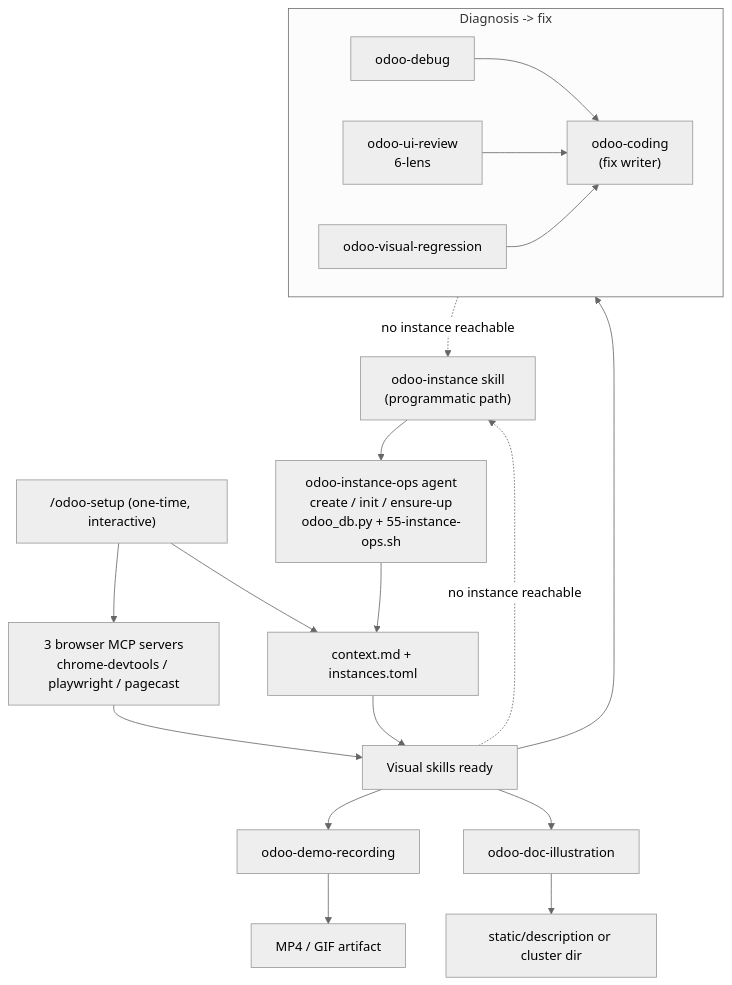
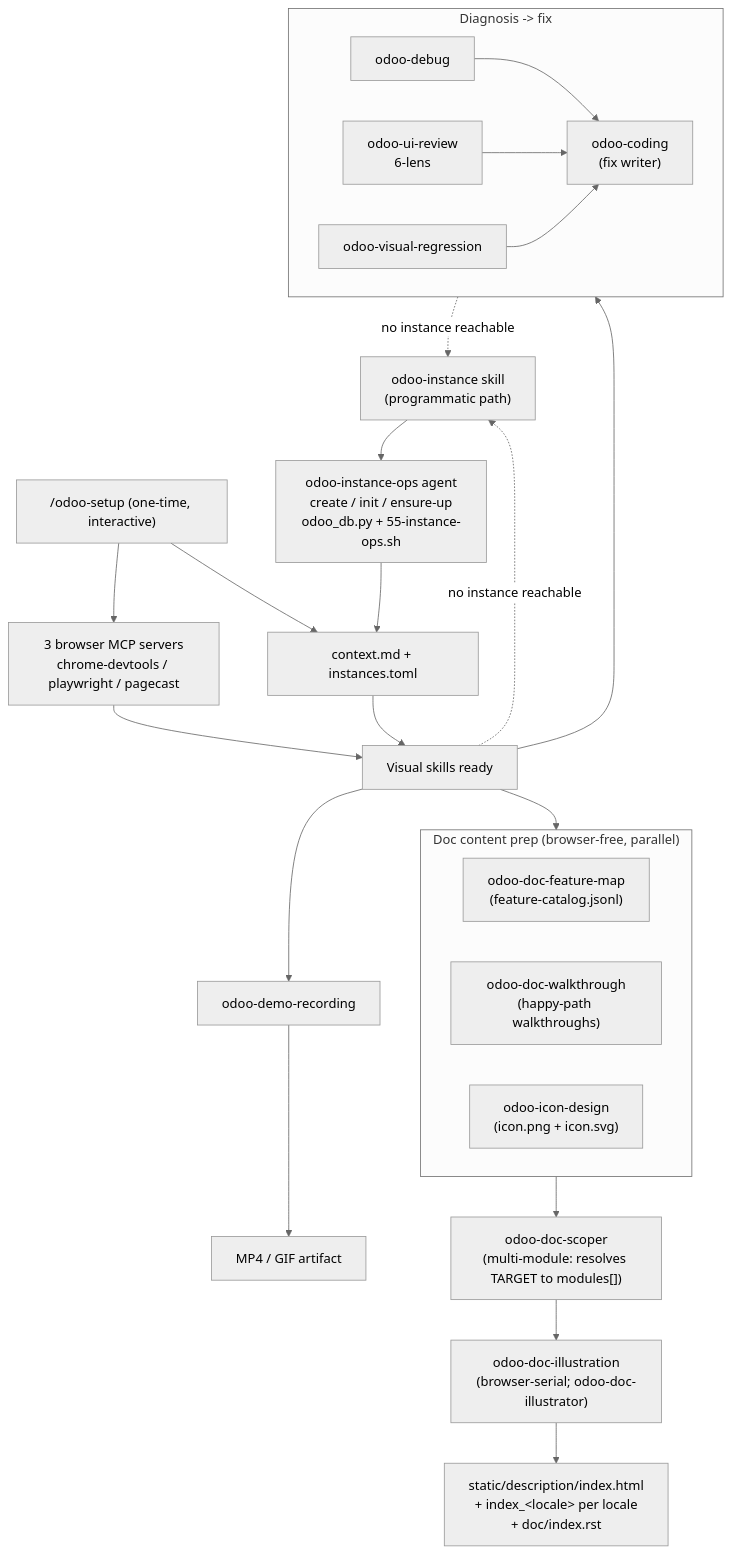
Before and after one commit to Viindoo/odoo-mcp-client: the fourth of 8 diagrams in plugins/odoo-ai-agents/README.md, drawn with Mermaid (neutral theme). The commit also changed other lines of this file and 1 other file, not shown here.

Commit message:
docs(odoo-ai-agents): refresh README mermaid + capability tables + counts for packaging suite

````diff
--- a/plugins/odoo-ai-agents/README.md
+++ b/plugins/odoo-ai-agents/README.md
@@ -306,29 +308,37 @@
 ```mermaid
 flowchart TD
     SETUP["/odoo-setup (one-time, interactive)"]
     SETUP --> MCPW["3 browser MCP servers<br/>chrome-devtools / playwright / pagecast"]
     SETUP --> CTX["context.md + instances.toml"]
 
     INST["odoo-instance skill<br/>(programmatic path)"]
     INST --> IOPS["odoo-instance-ops agent<br/>create / init / ensure-up<br/>odoo_db.py + 55-instance-ops.sh"]
     IOPS --> CTX
 
     MCPW --> SK["Visual skills ready"]
     CTX --> SK
 
     subgraph FIX_SKILLS["Diagnosis -> fix"]
         UID["odoo-debug"] --> FC["odoo-coding<br/>(fix writer)"]
         UIR["odoo-ui-review<br/>6-lens"] --> FC
         VR["odoo-visual-regression"] --> FC
     end
 
     SK --> FIX_SKILLS
     SK --> DR["odoo-demo-recording"]
     DR --> MEDIA["MP4 / GIF artifact"]
 
-    SK --> DOC["odoo-doc-illustration"]
-    DOC --> DOCOUT["static/description or cluster dir"]
+    subgraph DOC_PREP["Doc content prep (browser-free, parallel)"]
+        FMP["odoo-doc-feature-map<br/>(feature-catalog.jsonl)"]
+        WLK["odoo-doc-walkthrough<br/>(happy-path walkthroughs)"]
+        ICN["odoo-icon-design<br/>(icon.png + icon.svg)"]
+    end
+
+    SK --> DOC_PREP
+    DOC_PREP --> DOCSCOPER["odoo-doc-scoper<br/>(multi-module: resolves TARGET to modules[])"]
+    DOCSCOPER --> DOCILL["odoo-doc-illustration<br/>(browser-serial; odoo-doc-illustrator)"]
+    DOCILL --> DOCOUT["static/description/index.html<br/>+ index_&lt;locale&gt; per locale<br/>+ doc/index.rst"]
 
     FIX_SKILLS -. "no instance reachable" .-> INST
     SK -. "no instance reachable" .-> INST
 ```
````
